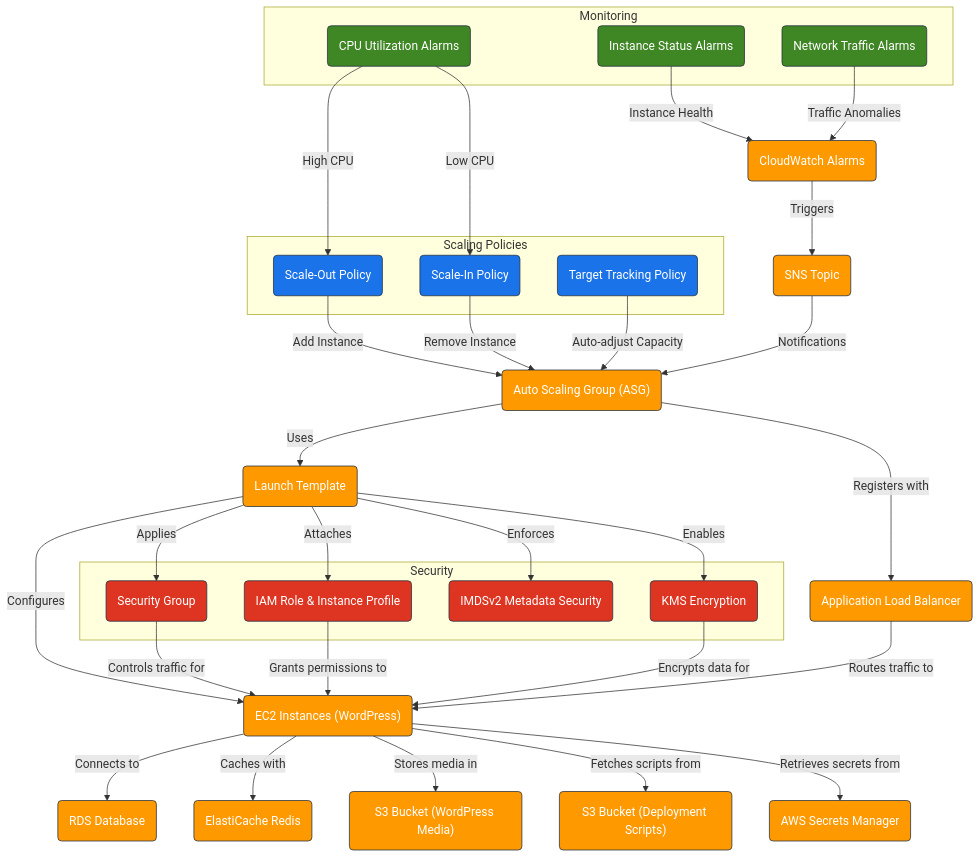
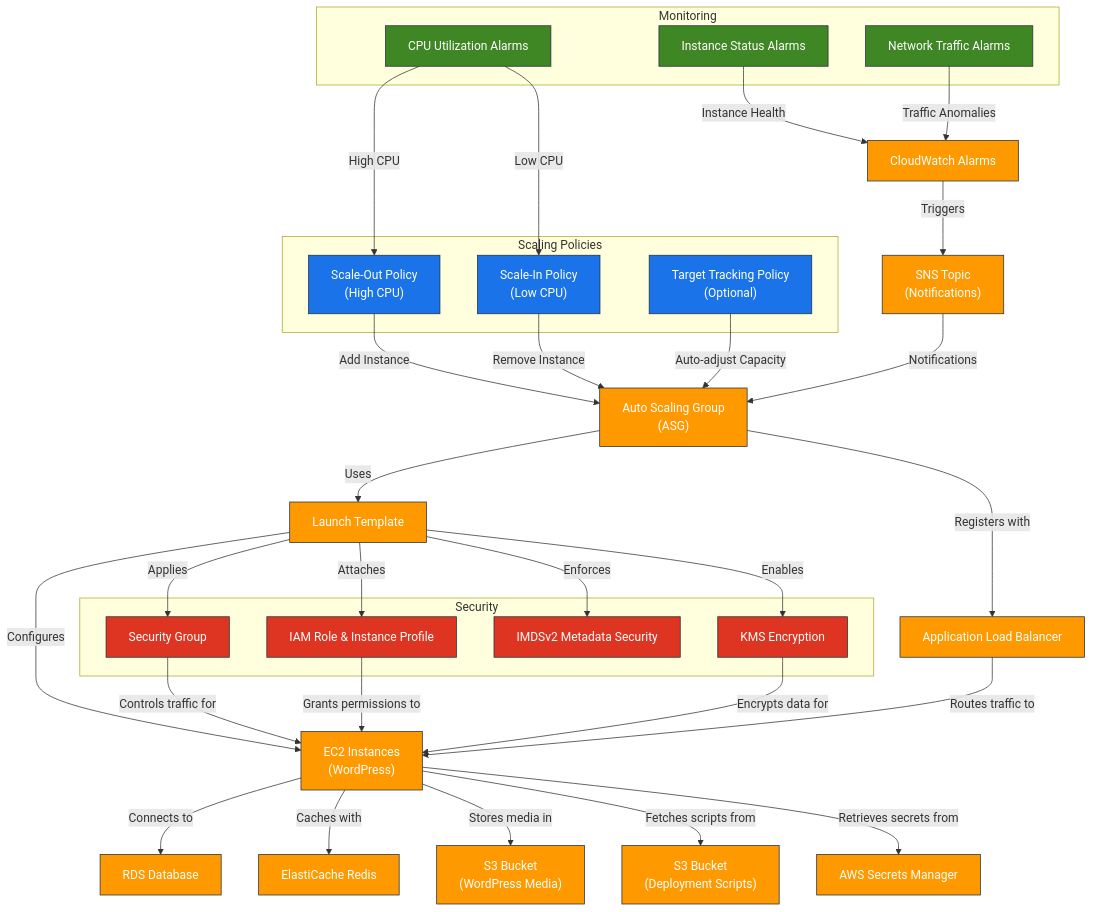
The diagram in terraform/modules/asg/README.md (hetmanskyi-cloud/AWS), drawn with Mermaid before and after one commit.

````diff
--- a/terraform/modules/asg/README.md
+++ b/terraform/modules/asg/README.md
@@ -25,79 +25,79 @@
 ```mermaid
 graph TB
     %% Main Components
-    CloudWatch("CloudWatch Alarms")
-    SNS("SNS Topic")
-    ASG("Auto Scaling Group (ASG)")
-    LT("Launch Template")
-    EC2("EC2 Instances (WordPress)")
-    ALB("Application Load Balancer")
-    RDS("RDS Database")
-    Redis("ElastiCache Redis")
-    S3Media("S3 Bucket (WordPress Media)")
-    S3Scripts("S3 Bucket (Deployment Scripts)")
-    SecretsManager("AWS Secrets Manager")
+    CloudWatch["CloudWatch Alarms"]
+    SNS["SNS Topic<br>(Notifications)"]
+    ASG["Auto Scaling Group<br>(ASG)"]
+    LT["Launch Template"]
+    EC2["EC2 Instances<br>(WordPress)"]
+    ALB["Application Load Balancer"]
+    RDS["RDS Database"]
+    Redis["ElastiCache Redis"]
+    S3Media["S3 Bucket<br>(WordPress Media)"]
+    S3Scripts["S3 Bucket<br>(Deployment Scripts)"]
+    SecretsManager["AWS Secrets Manager"]
     
     %% Subgraphs for organization
     subgraph "Security"
-        SG("Security Group")
-        IAM("IAM Role & Instance Profile")
-        KMS("KMS Encryption")
-        IMDSv2("IMDSv2 Metadata Security")
+        SG["Security Group"]
+        IAM["IAM Role & Instance Profile"]
+        KMS["KMS Encryption"]
+        IMDSv2["IMDSv2 Metadata Security"]
     end
     
     subgraph "Scaling Policies"
-        ScaleOut("Scale-Out Policy")
-        ScaleIn("Scale-In Policy")
-        TargetTracking("Target Tracking Policy")
+        ScaleOut["Scale-Out Policy<br>(High CPU)"]
+        ScaleIn["Scale-In Policy<br>(Low CPU)"]
+        TargetTracking["Target Tracking Policy<br>(Optional)"]
     end
     
     subgraph "Monitoring"
-        CPUAlarms("CPU Utilization Alarms")
-        StatusAlarms("Instance Status Alarms")
-        NetworkAlarms("Network Traffic Alarms")
+        CPUAlarms["CPU Utilization Alarms"]
+        StatusAlarms["Instance Status Alarms"]
+        NetworkAlarms["Network Traffic Alarms"]
     end
     
     %% Connections
     CloudWatch -->|"Triggers"| SNS
     SNS -->|"Notifications"| ASG
     
     CPUAlarms -->|"High CPU"| ScaleOut
     CPUAlarms -->|"Low CPU"| ScaleIn
     StatusAlarms -->|"Instance Health"| CloudWatch
     NetworkAlarms -->|"Traffic Anomalies"| CloudWatch
     
     ScaleOut -->|"Add Instance"| ASG
     ScaleIn -->|"Remove Instance"| ASG
     TargetTracking -->|"Auto-adjust Capacity"| ASG
     
     ASG -->|"Uses"| LT
     ASG -->|"Registers with"| ALB
     
     LT -->|"Configures"| EC2
     LT -->|"Applies"| SG
     LT -->|"Attaches"| IAM
     LT -->|"Enforces"| IMDSv2
     LT -->|"Enables"| KMS
     
     EC2 -->|"Connects to"| RDS
     EC2 -->|"Caches with"| Redis
     EC2 -->|"Stores media in"| S3Media
     EC2 -->|"Fetches scripts from"| S3Scripts
     EC2 -->|"Retrieves secrets from"| SecretsManager
     
     ALB -->|"Routes traffic to"| EC2
     SG -->|"Controls traffic for"| EC2
     IAM -->|"Grants permissions to"| EC2
     KMS -->|"Encrypts data for"| EC2
     
     %% Styling
     classDef aws fill:#FF9900,stroke:#232F3E,color:white;
     classDef security fill:#DD3522,stroke:#232F3E,color:white;
     classDef monitoring fill:#3F8624,stroke:#232F3E,color:white;
     classDef policy fill:#1A73E8,stroke:#232F3E,color:white;
     
     class CloudWatch,SNS,ASG,LT,EC2,ALB,RDS,Redis,S3Media,S3Scripts,SecretsManager aws;
     class SG,IAM,KMS,IMDSv2 security;
     class CPUAlarms,StatusAlarms,NetworkAlarms monitoring;
     class ScaleOut,ScaleIn,TargetTracking policy;
 ```
````
